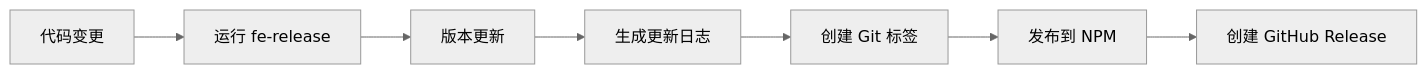
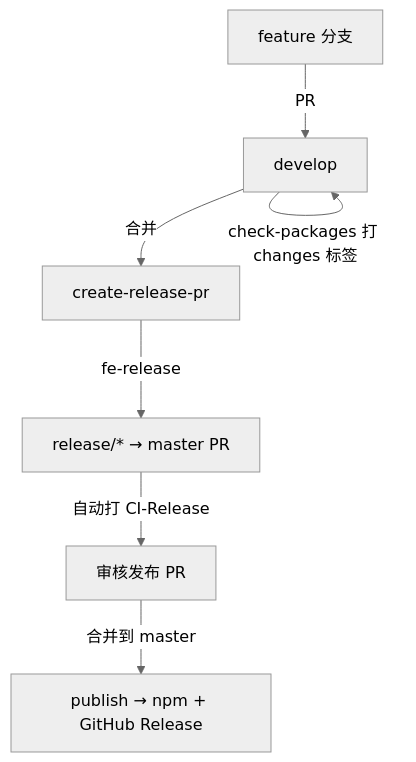
The diagram in packages/fe-release/README.md (qlover/fe-base), drawn with Mermaid (neutral theme) before and after one commit. The commit also changed other lines of this file and 2 other files, not shown here.

First line of the commit message:
docs(fe-release): update README and comments for clarity and consistency

````diff
--- a/packages/fe-release/README.md
+++ b/packages/fe-release/README.md
@@ -198,9 +221,9 @@
 ```mermaid
-graph LR
-    A[代码变更] --> B[运行 fe-release]
-    B --> C[版本更新]
-    C --> D[生成更新日志]
-    D --> E[创建 Git 标签]
-    E --> F[发布到 NPM]
-    F --> G[创建 GitHub Release]
+graph TD
+    A[feature 分支] -->|PR| B[develop]
+    B -->|check-packages 打 changes 标签| B
+    B -->|合并| C[create-release-pr]
+    C -->|fe-release| D[release/* → master PR]
+    D -->|自动打 CI-Release| E[审核发布 PR]
+    E -->|合并到 master| F[publish → npm + GitHub Release]
 ```
````
